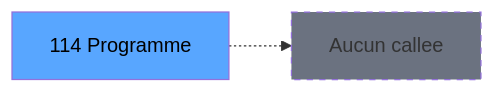
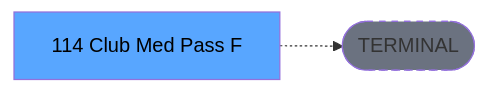
Before and after one commit to thonyAGP/lecteur-magic: the third of 3 diagrams in .openspec/renders/ADH-IDE-114.md, drawn with Mermaid. The commit also changed other lines of this file and 701 other files, not shown here.

````diff
--- a/.openspec/renders/ADH-IDE-114.md
+++ b/.openspec/renders/ADH-IDE-114.md
@@ -158,8 +136,8 @@
 ```mermaid
 graph LR
-    T[114 Programme]
-    NONE[Aucun callee]
-    T -.-> NONE
+    T[114 Club Med Pass F]
+    TERM([TERMINAL])
+    T -.-> TERM
+    style TERM fill:#6b7280,stroke-dasharray: 5 5
     style T fill:#58a6ff,color:#000
-    style NONE fill:#6b7280,stroke-dasharray: 5 5
 ```
````
